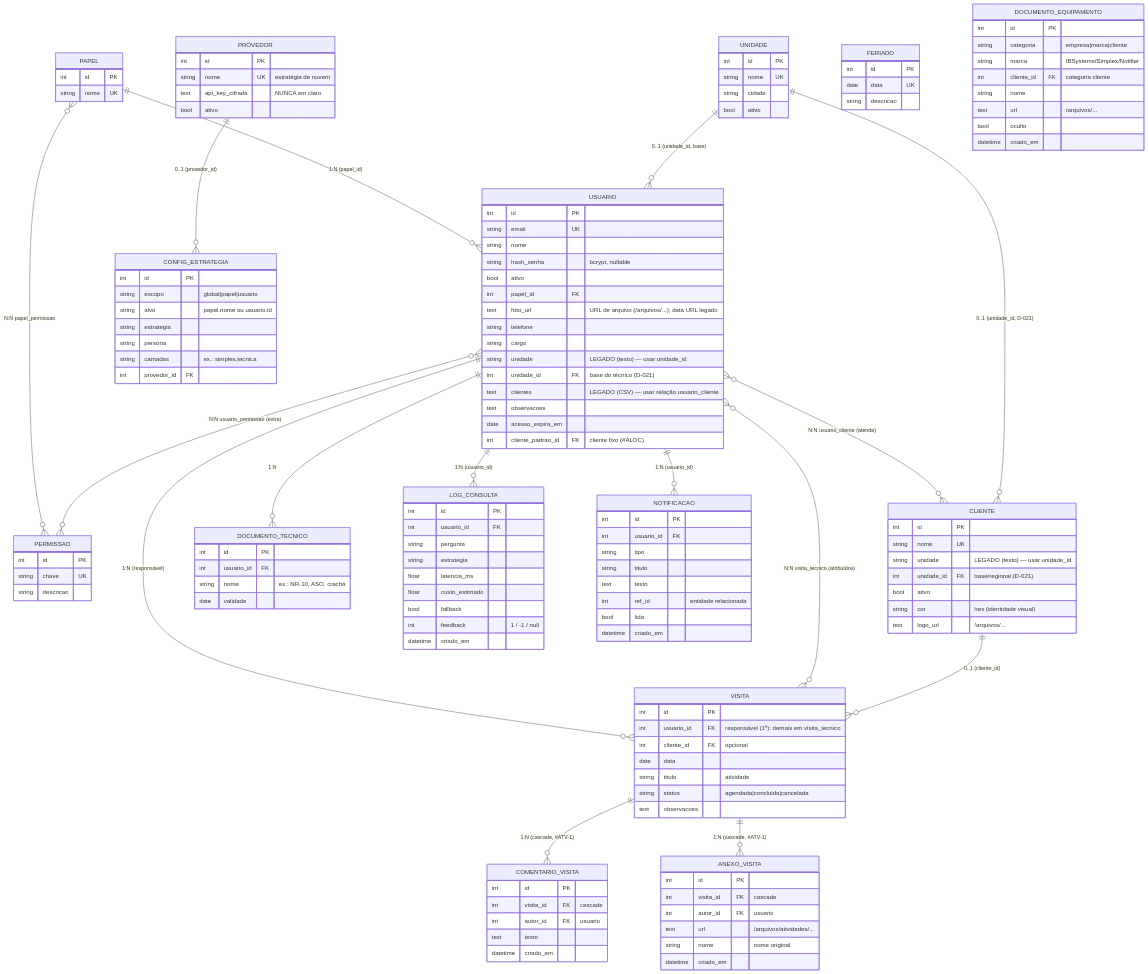
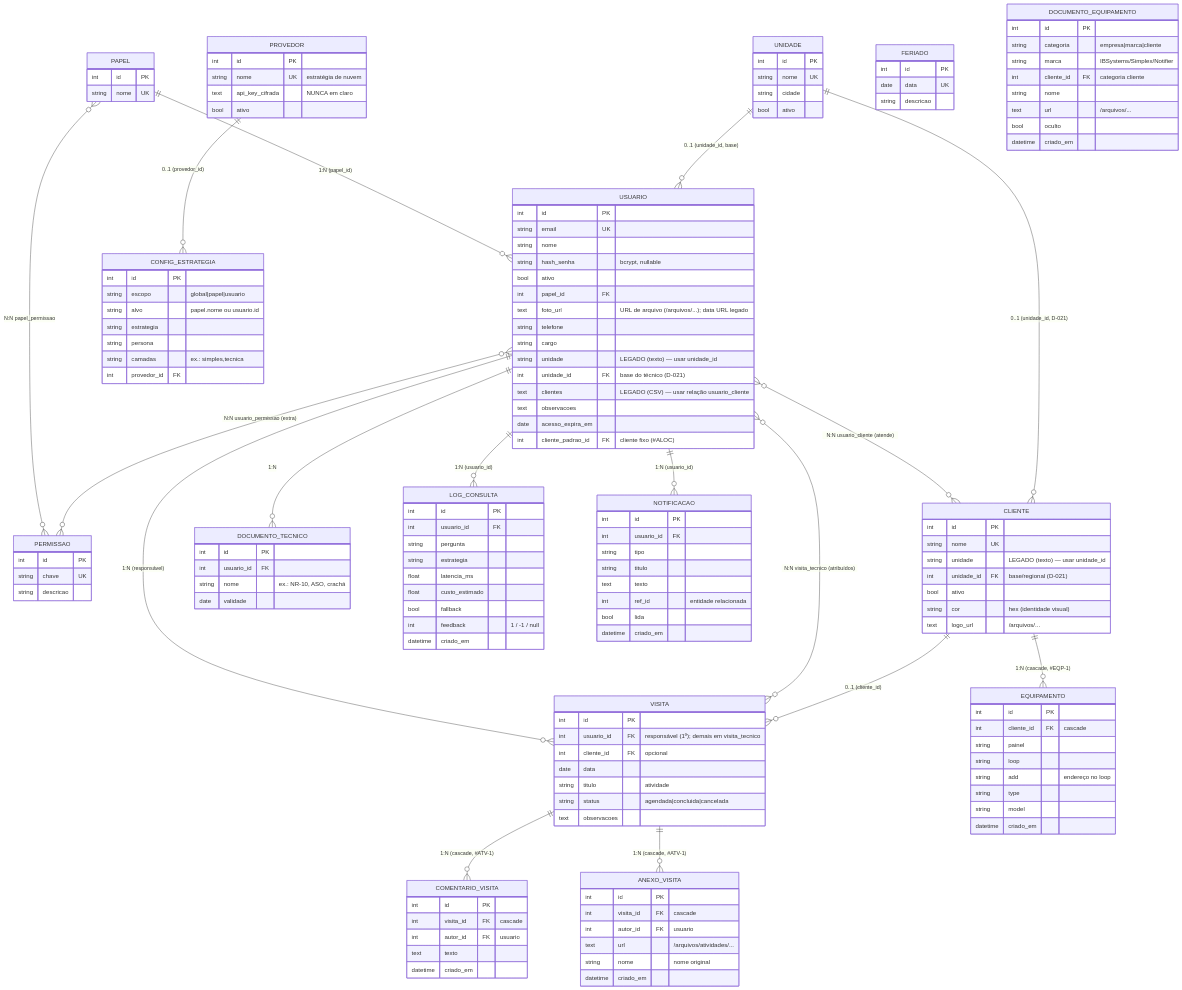
Before and after one commit to caiquemiranda/RAG-Simplex: the diagram in docs/MODELO_DADOS.md, drawn with Mermaid. The commit also changed other lines of this file and 12 other files, not shown here.

First line of the commit message:
feat(#EQP-1): entidade Equipamento + import CSV por cliente (backend)

```diff
--- a/docs/MODELO_DADOS.md
+++ b/docs/MODELO_DADOS.md
@@ -20,6 +20,7 @@
   CLIENTE ||--o{ VISITA : "0..1 (cliente_id)"
   VISITA ||--o{ COMENTARIO_VISITA : "1:N (cascade, #ATV-1)"
   VISITA ||--o{ ANEXO_VISITA : "1:N (cascade, #ATV-1)"
+  CLIENTE ||--o{ EQUIPAMENTO : "1:N (cascade, #EQP-1)"
   UNIDADE ||--o{ CLIENTE : "0..1 (unidade_id, D-021)"
   UNIDADE ||--o{ USUARIO : "0..1 (unidade_id, base)"
   USUARIO ||--o{ NOTIFICACAO : "1:N (usuario_id)"
@@ -74,6 +75,16 @@
     string titulo "atividade"
     string status "agendada|concluida|cancelada"
     text observacoes
+  }
+  EQUIPAMENTO {
+    int id PK
+    int cliente_id FK "cascade"
+    string painel
+    string loop
+    string add "endereço no loop"
+    string type
+    string model
+    datetime criado_em
   }
   COMENTARIO_VISITA {
     int id PK
```
